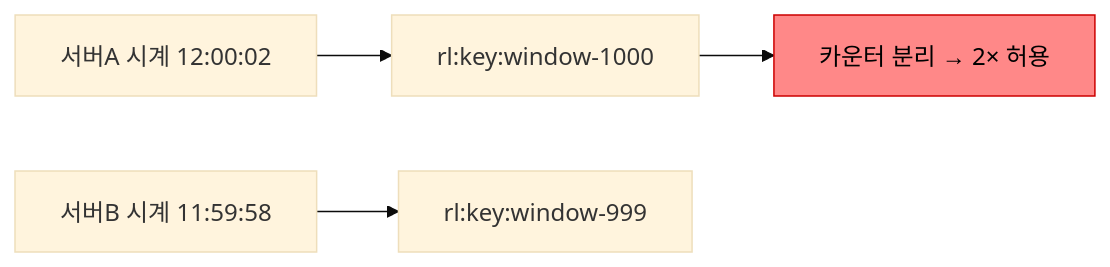
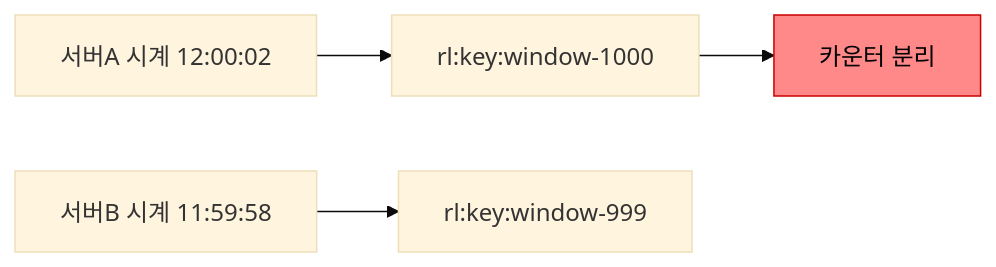
Before and after one commit to yjkim2015/yjkim2015.github.io: the eighth of 12 diagrams in _posts/systemdesign/2026-05-01-rate-limiting.md, drawn with Mermaid (base theme). The commit also changed other lines of this file and 26 other files, not shown here.

````diff
--- a/_posts/systemdesign/2026-05-01-rate-limiting.md
+++ b/_posts/systemdesign/2026-05-01-rate-limiting.md
@@ -1106,7 +1296,7 @@
 ```mermaid
 graph LR
     RA["서버A 시계 12:00:02"] --> KA["rl:key:window-1000"]
     RB["서버B 시계 11:59:58"] --> KB["rl:key:window-999"]
-    KA --> SKIP["카운터 분리 → 2× 허용"]
+    KA --> SKIP["카운터 분리"]
     style SKIP fill:#f88,stroke:#c00,color:#000
 ```
````
